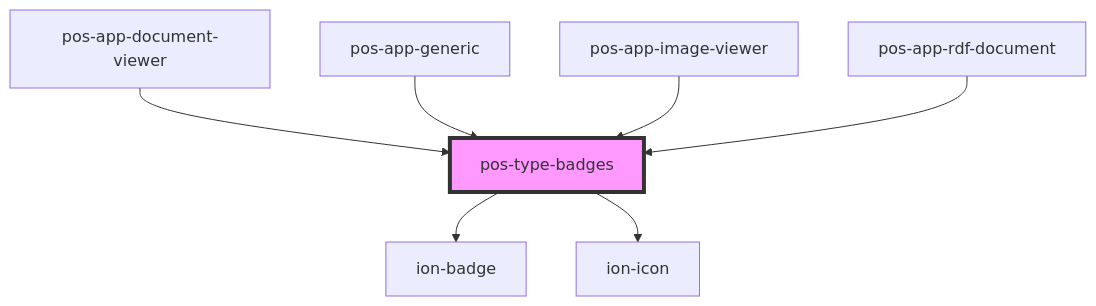
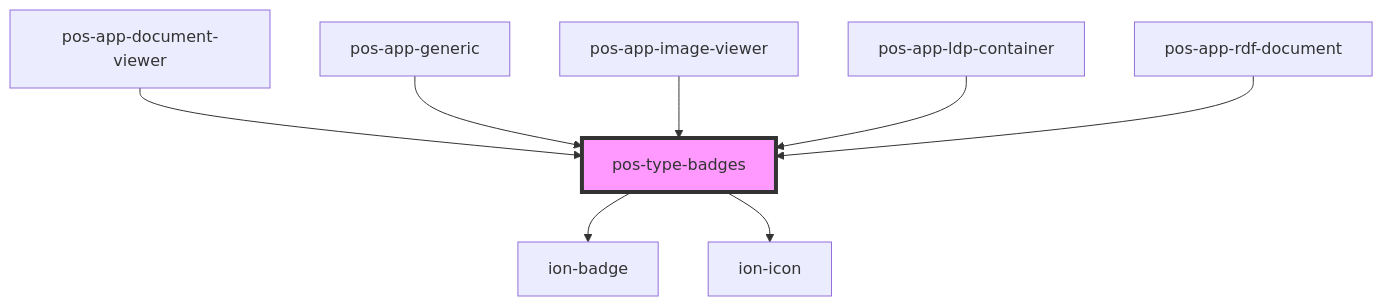
The diagram in docs/elements/components/pos-type-badges/readme.md (pod-os/PodOS), drawn with Mermaid before and after one commit. The commit also changed other lines of this file and 8 other files, not shown here.

````diff
--- a/docs/elements/components/pos-type-badges/readme.md
+++ b/docs/elements/components/pos-type-badges/readme.md
@@ -30,10 +31,11 @@
 ```mermaid
 graph TD;
   pos-type-badges --> ion-badge
   pos-type-badges --> ion-icon
   pos-app-document-viewer --> pos-type-badges
   pos-app-generic --> pos-type-badges
   pos-app-image-viewer --> pos-type-badges
+  pos-app-ldp-container --> pos-type-badges
   pos-app-rdf-document --> pos-type-badges
   style pos-type-badges fill:#f9f,stroke:#333,stroke-width:4px
 ```
````
